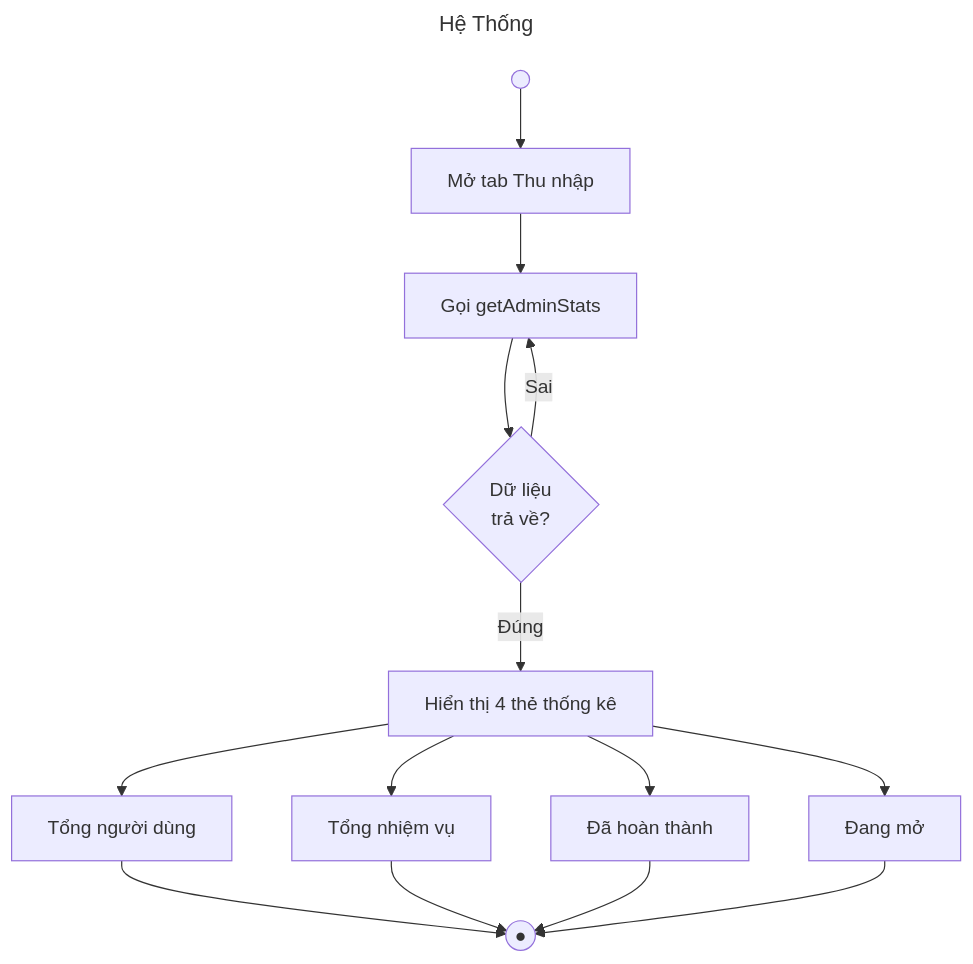
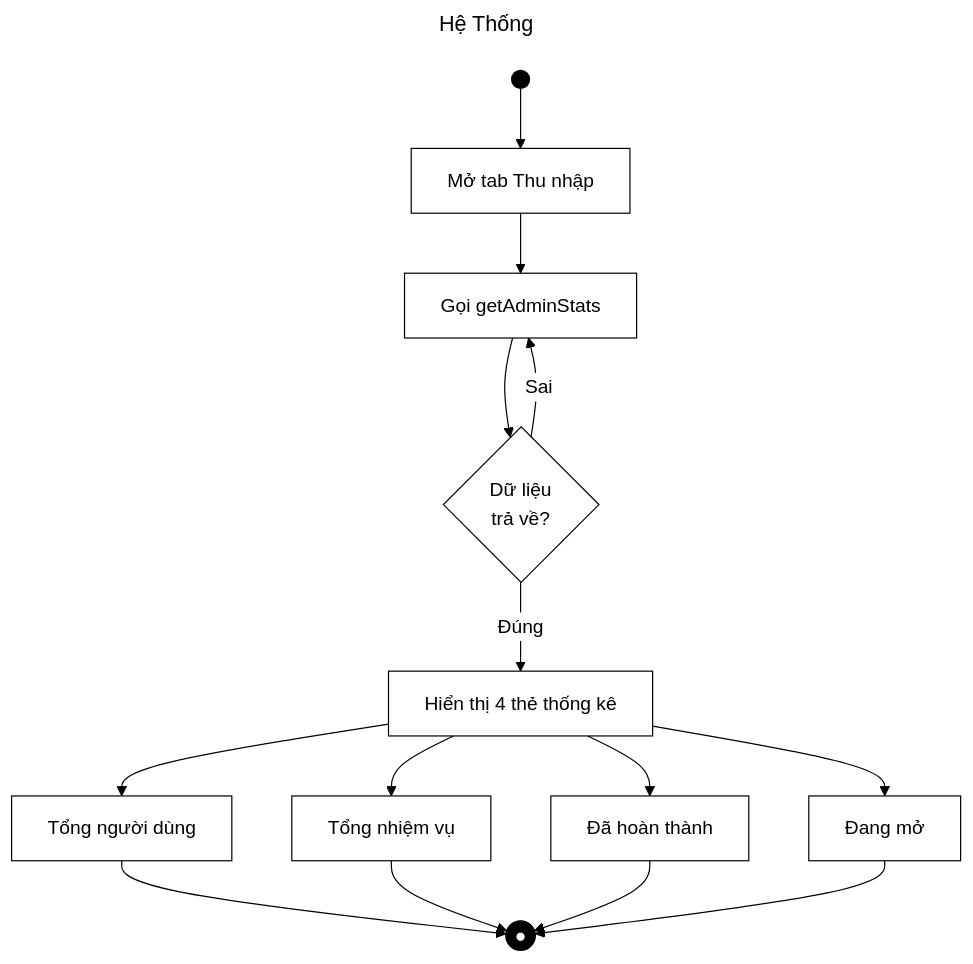
One commit to Babiboyy55/TaskHeroPKA changed the fourth of 22 diagrams in Activity_Diagrams.md. Above: the diagram before and after it, drawn with Mermaid. The commit also changed other lines of this file, not shown here.

````diff
--- a/Activity_Diagrams.md
+++ b/Activity_Diagrams.md
@@ -62,16 +71,19 @@
 ```mermaid
 ---
 title: Hệ Thống
 ---
+%%{init: {'theme':'base', 'themeVariables': {'primaryColor':'#ffffff', 'primaryBorderColor':'#000000', 'primaryTextColor':'#000000', 'lineColor':'#000000', 'edgeLabelBackground':'#ffffff', 'tertiaryColor':'#ffffff'}}}%%
 flowchart TD
-    S(( )) --> A[Mở tab Thu nhập]
+    classDef default fill:#ffffff,stroke:#000000,stroke-width:1px,color:#000000;
+    classDef blackNode fill:#000000,stroke:#000000,stroke-width:1px,color:#ffffff;
+    S(( )):::blackNode --> A[Mở tab Thu nhập]
     A --> B[Gọi getAdminStats]
     B --> D1{Dữ liệu\ntrả về?}
     D1 -- Sai --> B
     D1 -- Đúng --> C[Hiển thị 4 thẻ thống kê]
     C --> G[Tổng người dùng]
     C --> H[Tổng nhiệm vụ]
     C --> I[Đã hoàn thành]
     C --> J[Đang mở]
-    G & H & I & J --> Z((●))
+    G & H & I & J --> Z((●)):::blackNode
 ```
````
